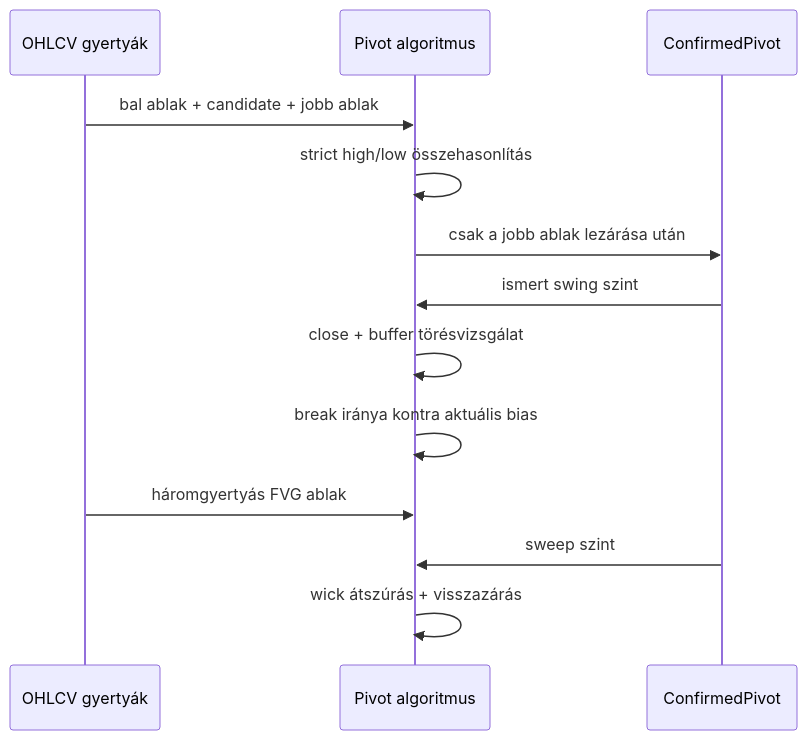
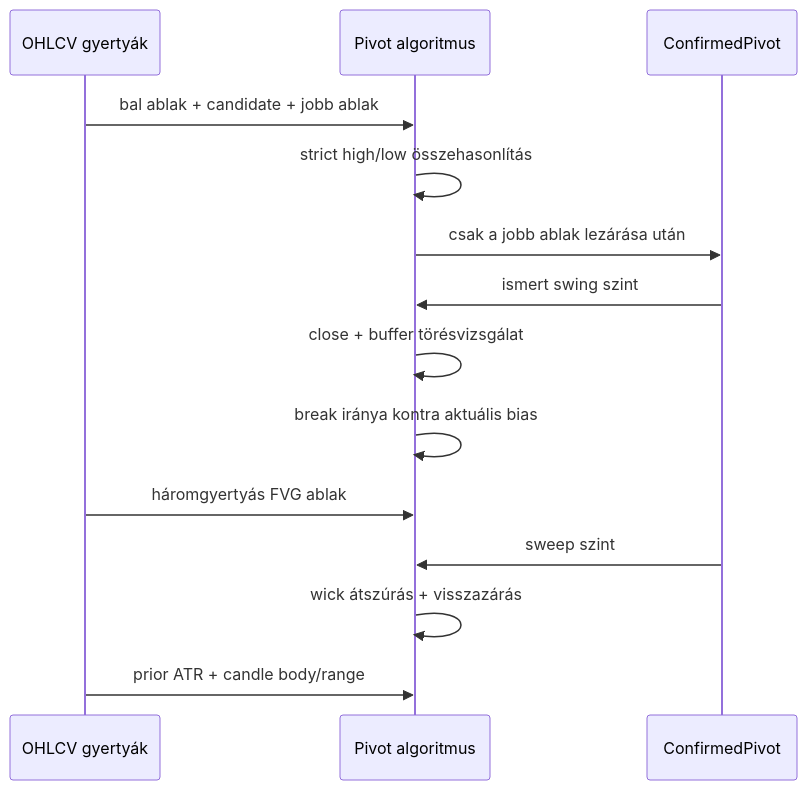
The diagram in docs/learning/phase-01-domain-model.md (varben685/cx2), drawn with Mermaid before and after one commit. The commit also changed other lines of this file and 6 other files, not shown here.

````diff
--- a/docs/learning/phase-01-domain-model.md
+++ b/docs/learning/phase-01-domain-model.md
@@ -47,16 +54,17 @@
 ```mermaid
 sequenceDiagram
     participant Data as OHLCV gyertyák
     participant Algo as Pivot algoritmus
     participant Pivot as ConfirmedPivot
 
     Data->>Algo: bal ablak + candidate + jobb ablak
     Algo->>Algo: strict high/low összehasonlítás
     Algo->>Pivot: csak a jobb ablak lezárása után
     Pivot->>Algo: ismert swing szint
     Algo->>Algo: close + buffer törésvizsgálat
     Algo->>Algo: break iránya kontra aktuális bias
     Data->>Algo: háromgyertyás FVG ablak
     Pivot->>Algo: sweep szint
     Algo->>Algo: wick átszúrás + visszazárás
+    Data->>Algo: prior ATR + candle body/range
 ```
````
